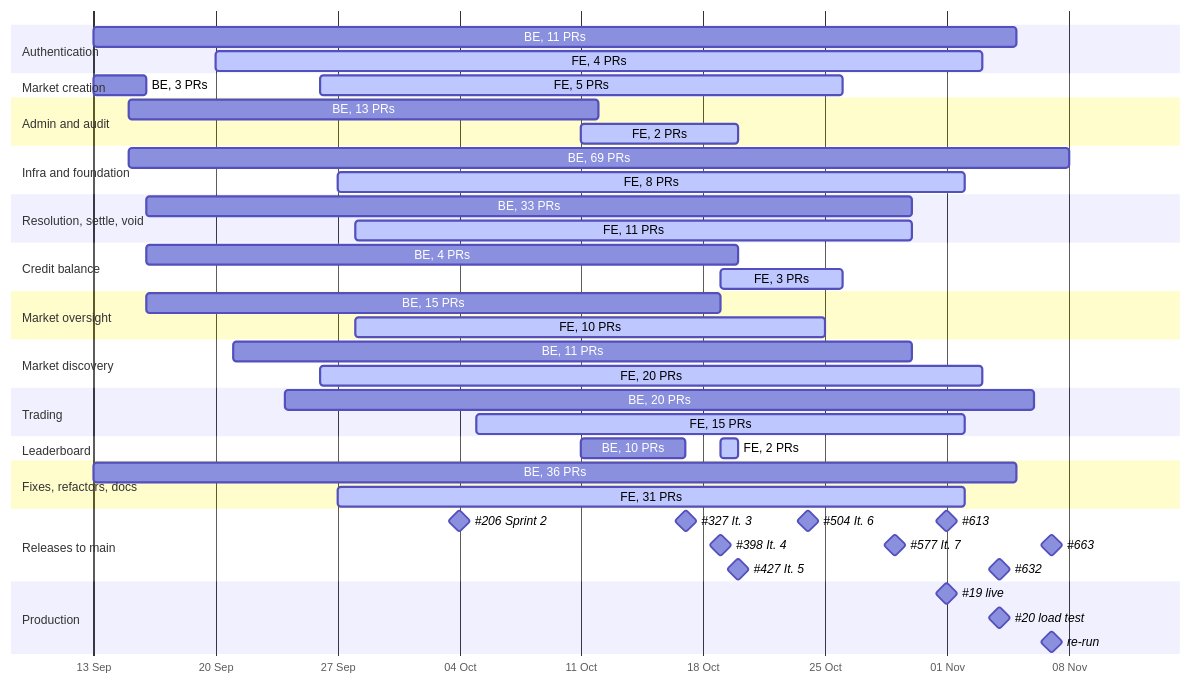
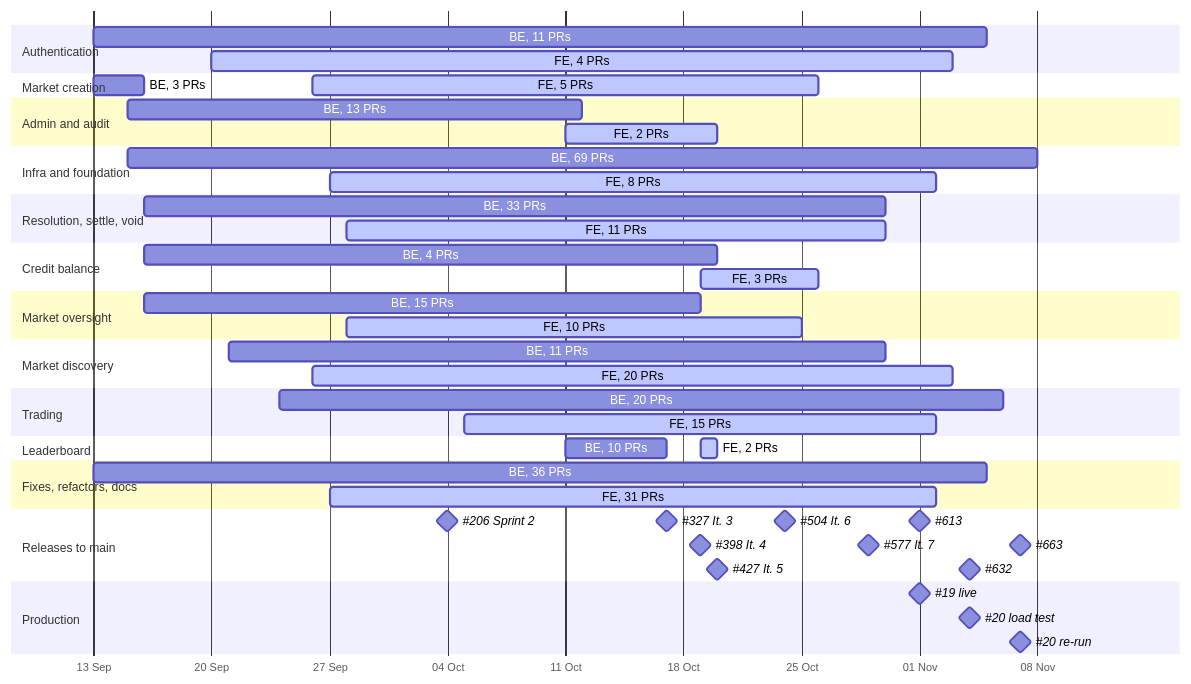
The diagram in docs/diagrams/07-gantt.mmd (decker757/CS464), drawn with Mermaid before and after one commit. The commit also changed 3 other files, not shown here.

First line of the commit message:
docs(diagrams): 01 says first touch, the captions say when a trade does call market, 07 says #20 re-run

```diff
--- a/docs/diagrams/07-gantt.mmd
+++ b/docs/diagrams/07-gantt.mmd
@@ -1,77 +1,77 @@
 %% 07 — Delivery timeline by epic
 %% Drawn from: gh pr list --state merged (336 PRs into dev or a stack branch,
 %%   2026-09-13 to 2026-11-07, the cut-off), each PR's closing issue and its
 %%   "epic:" label, else the issue's parent, else the story tag in the title
 %%   ([5.x] is infra, as #19, #20 and #599 are labelled). 67 PRs with no epic
 %%   anywhere are the last lane; #221's void stack, unlabelled, is under
 %%   resolution. Releases are the [Release] PRs into main, named as their
 %%   titles name them. #633, which merged main back into dev, is a PR into dev
 %%   with no epic, so it is in the last lane; #664 and #666, docs PRs straight
 %%   into main, are not drawn.
 %%   #19's five PRs, #603 to #607, are in the infra lane; "Production" marks the
 %%   days it went live and the two load-test runs in production, from
 %%   docs/load-test.md's results table.
 %% A bar runs from an epic's first merged PR to its last. It is a span, not
 %% continuous work. FE bars are shaded (`active`), BE bars plain.
 %% Compact mode shares a row between bars that do not overlap, which would pile
 %% the milestone labels onto one row. Mermaid draws a milestone at the middle of
 %% its span, and fills a section's rows greedily in order of each span's start,
 %% so each milestone is given a span centred on its date (releases 4, 17, 19, 20,
 %% 24 and 29 Oct and 1, 4 and 7 Nov) whose start puts labels that would collide
 %% on different rows. The span itself is not drawn. "It." is Iteration, as the
 %% release PRs' titles name them. Two dates had two release PRs, and the chart
 %% names the later one: #597 and #613 on 1 Nov, and #631 and #632, the two steps
 %% of one release, on 4 Nov.
 %%{init: {"gantt": {"displayMode": "compact", "barHeight": 18, "barGap": 4}, "themeCSS": ".tick text { font-size: 15px; } .sectionTitle { font-size: 15px; } .taskText, .taskTextOutsideRight, .taskTextOutsideLeft { font-size: 14.5px; }"}}%%
 gantt
     dateFormat YYYY-MM-DD
     axisFormat %d %b
     tickInterval 1week
     todayMarker off
     section Authentication
     BE, 11 PRs :2026-09-13, 53d
     FE, 4 PRs :active, 2026-09-20, 44d
     section Market creation
     BE, 3 PRs :2026-09-13, 3d
     FE, 5 PRs :active, 2026-09-26, 30d
     section Admin and audit
     BE, 13 PRs :2026-09-15, 27d
     FE, 2 PRs :active, 2026-10-11, 9d
     section Infra and foundation
     BE, 69 PRs :2026-09-15, 54d
     FE, 8 PRs :active, 2026-09-27, 36d
     section Resolution, settle, void
     BE, 33 PRs :2026-09-16, 44d
     FE, 11 PRs :active, 2026-09-28, 32d
     section Credit balance
     BE, 4 PRs :2026-09-16, 34d
     FE, 3 PRs :active, 2026-10-19, 7d
     section Market oversight
     BE, 15 PRs :2026-09-16, 33d
     FE, 10 PRs :active, 2026-09-28, 27d
     section Market discovery
     BE, 11 PRs :2026-09-21, 39d
     FE, 20 PRs :active, 2026-09-26, 38d
     section Trading
     BE, 20 PRs :2026-09-24, 43d
     FE, 15 PRs :active, 2026-10-05, 28d
     section Leaderboard
     BE, 10 PRs :2026-10-11, 6d
     FE, 2 PRs :active, 2026-10-19, 1d
     section Fixes, refactors, docs
     BE, 36 PRs :2026-09-13, 53d
     FE, 31 PRs :active, 2026-09-27, 36d
     section Releases to main
     #206 Sprint 2  :milestone, 2026-10-02, 4d
     #327 It. 3    :milestone, 2026-10-15, 4d
     #398 It. 4    :milestone, 2026-10-18, 2d
     #427 It. 5    :milestone, 2026-10-18, 4d
     #577 It. 7    :milestone, 2026-10-27, 4d
     #504 It. 6    :milestone, 2026-10-20, 8d
     #613          :milestone, 2026-10-29, 6d
     #632          :milestone, 2026-10-30, 10d
     #663          :milestone, 2026-11-02, 10d
     section Production
     #19 live      :milestone, 2026-10-29, 6d
-    #20 load test :milestone, 2026-11-01, 6d
-    re-run        :milestone, 2026-11-02, 10d
+    #20 load test :milestone, 2026-10-30, 10d
+    #20 re-run    :milestone, 2026-10-31, 14d
```
